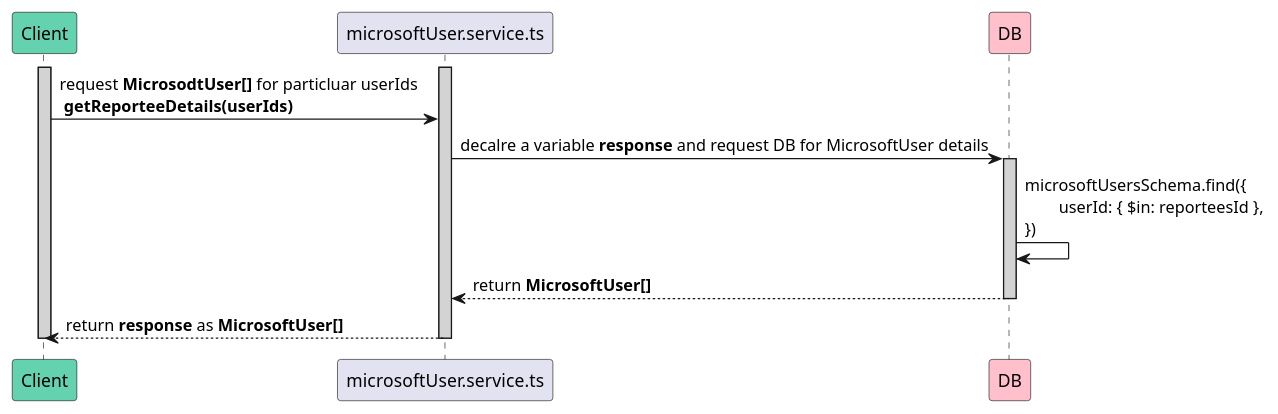
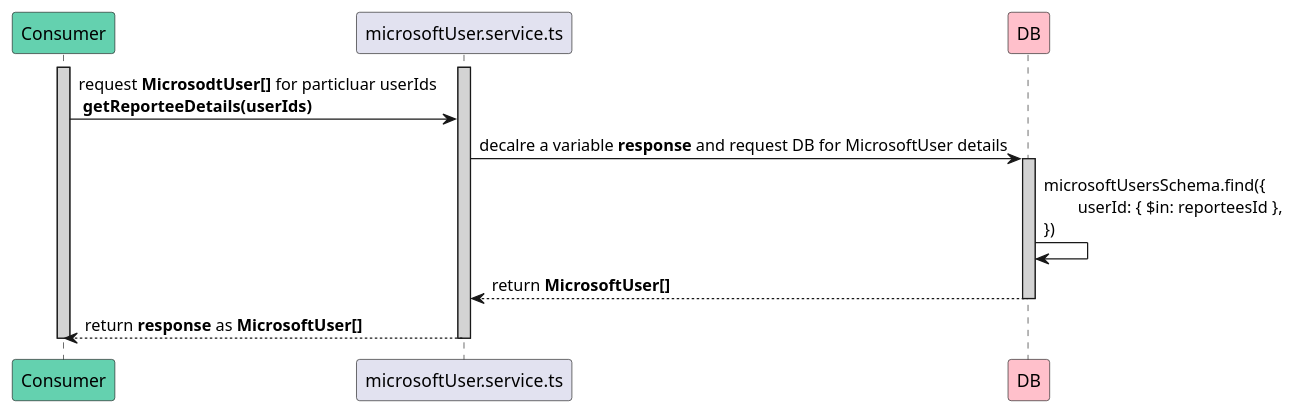
The diagram in backend/shared_services_design/get_reportee_details.services.users.puml (avasoft-mobility/workday-design), drawn with PlantUML before and after one commit. The commit also changed 25 other files, not shown here.

Commit message:
Add consumer instead of Client

```diff
--- a/backend/shared_services_design/get_reportee_details.services.users.puml
+++ b/backend/shared_services_design/get_reportee_details.services.users.puml
@@ -1,23 +1,23 @@
 @startuml getReporteeDetails method
-participant Client #64D1AF
+participant Consumer #64D1AF
 participant microsoftUser.service.ts
 participant DB #FFC0CB
 
-activate Client #D3D3D3
+activate Consumer #D3D3D3
 activate microsoftUser.service.ts #D3D3D3
  
-Client -> microsoftUser.service.ts : request **MicrosodtUser[]** for particluar userIds\n **getReporteeDetails(userIds)**
+Consumer -> microsoftUser.service.ts : request **MicrosodtUser[]** for particluar userIds\n **getReporteeDetails(userIds)**
 
 microsoftUser.service.ts -> DB : decalre a variable **response** and request DB for MicrosoftUser details
 
 activate DB #D3D3D3
 DB -> DB : microsoftUsersSchema.find({\n\tuserId: { $in: reporteesId },\n})
 
 microsoftUser.service.ts <-- DB : return **MicrosoftUser[]**
 
 deactivate DB
 
-Client <-- microsoftUser.service.ts : return **response** as **MicrosoftUser[]**
+Consumer <-- microsoftUser.service.ts : return **response** as **MicrosoftUser[]**
 deactivate microsoftUser.service.ts
-deactivate Client
+deactivate Consumer
 @enduml
```
